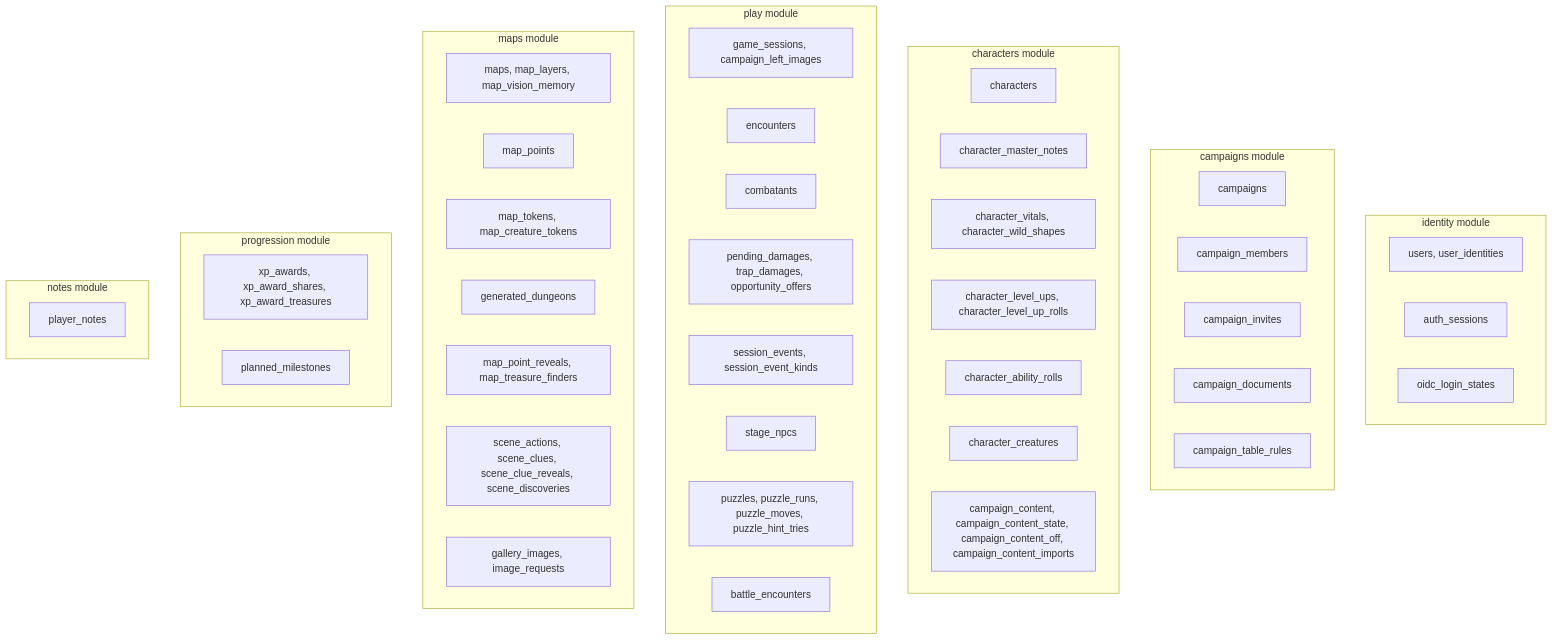
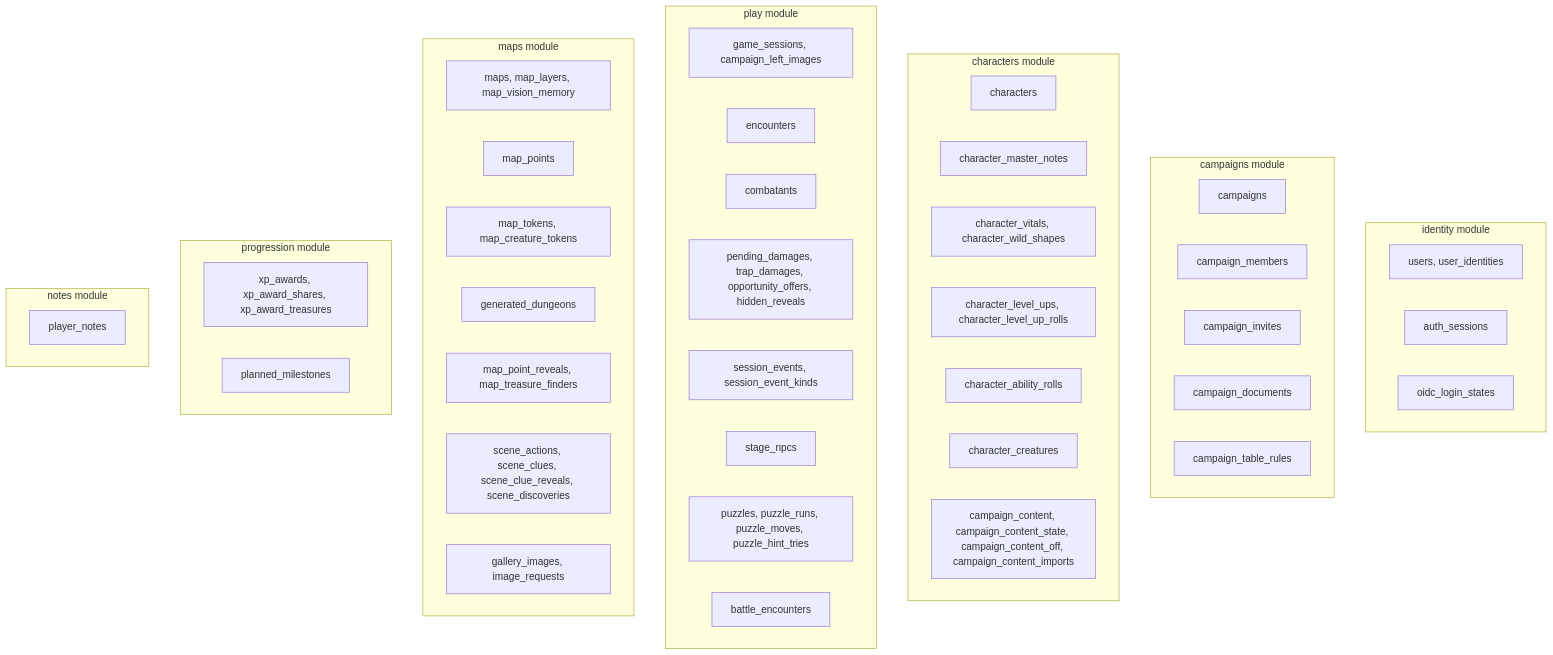
The first of 7 diagrams in docs/data.md (PuraFome/meuRPG), drawn with Mermaid before and after one commit. The commit also changed other lines of this file and 123 other files, not shown here.

````diff
--- a/docs/data.md
+++ b/docs/data.md
@@ -29,56 +29,56 @@
 ```mermaid
 flowchart TD
     subgraph identity["identity module"]
         t_users["users, user_identities"]
         t_auth_sessions["auth_sessions"]
         t_oidc_login_states["oidc_login_states"]
     end
 
     subgraph campaigns_mod["campaigns module"]
         t_campaigns["campaigns"]
         t_campaign_members["campaign_members"]
         t_campaign_invites["campaign_invites"]
         t_campaign_documents["campaign_documents"]
         t_campaign_table_rules["campaign_table_rules"]
     end
 
     subgraph characters_mod["characters module"]
         t_characters["characters"]
         t_character_master_notes["character_master_notes"]
         t_character_vitals["character_vitals, character_wild_shapes"]
         t_character_level_ups["character_level_ups, character_level_up_rolls"]
         t_character_ability_rolls["character_ability_rolls"]
         t_character_creatures["character_creatures"]
         t_campaign_content["campaign_content, campaign_content_state, campaign_content_off, campaign_content_imports"]
     end
 
     subgraph play["play module"]
         t_game_sessions["game_sessions, campaign_left_images"]
         t_encounters["encounters"]
         t_combatants["combatants"]
-        t_damage["pending_damages, trap_damages, opportunity_offers"]
+        t_damage["pending_damages, trap_damages, opportunity_offers, hidden_reveals"]
         t_session_events["session_events, session_event_kinds"]
         t_stage_npcs["stage_npcs"]
         t_puzzles["puzzles, puzzle_runs, puzzle_moves, puzzle_hint_tries"]
         t_battle_encounters["battle_encounters"]
     end
 
     subgraph maps_mod["maps module"]
         t_maps["maps, map_layers, map_vision_memory"]
         t_map_points["map_points"]
         t_map_tokens["map_tokens, map_creature_tokens"]
         t_generated_dungeons["generated_dungeons"]
         t_map_point_reveals["map_point_reveals, map_treasure_finders"]
         t_scene["scene_actions, scene_clues, scene_clue_reveals, scene_discoveries"]
         t_gallery_images["gallery_images, image_requests"]
     end
 
     subgraph progression["progression module"]
         t_xp_awards["xp_awards, xp_award_shares, xp_award_treasures"]
         t_planned_milestones["planned_milestones"]
     end
 
     subgraph notes_mod["notes module"]
         t_player_notes["player_notes"]
     end
 ```
````
